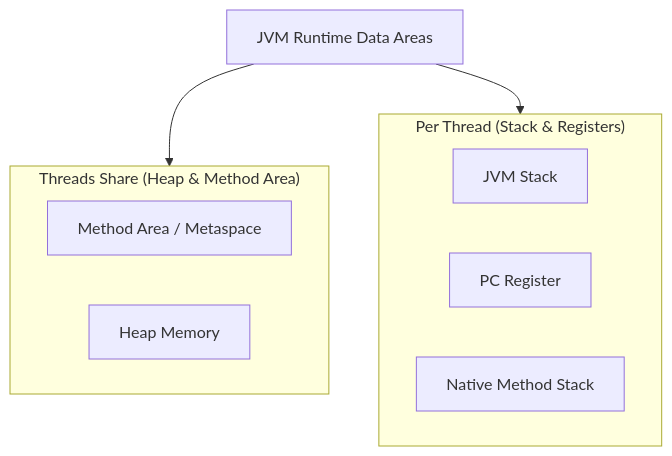
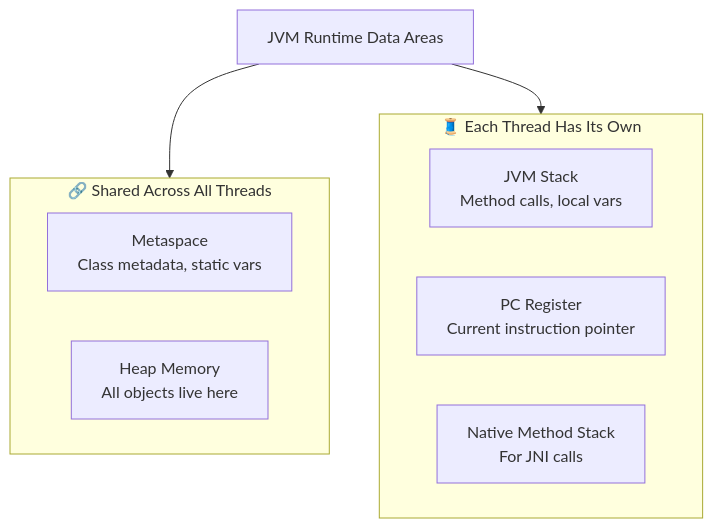
One commit to Harendra1558/cs-master-wiki changed the second of 3 diagrams in docs/01-java-jvm-internals/02-jvm-architecture.md. Above: the diagram before and after it, drawn with Mermaid. The commit also changed other lines of this file and 4 other files, not shown here.

````diff
--- a/docs/01-java-jvm-internals/02-jvm-architecture.md
+++ b/docs/01-java-jvm-internals/02-jvm-architecture.md
@@ -17,18 +43,18 @@
 ```mermaid
 graph TD
     JVM[JVM Runtime Data Areas]
     
-    subgraph Shared["Threads Share (Heap & Method Area)"]
-        Method[Method Area / Metaspace]
-        Heap[Heap Memory]
+    subgraph Shared["🔗 Shared Across All Threads"]
+        Method[Metaspace<br/>Class metadata, static vars]
+        Heap[Heap Memory<br/>All objects live here]
     end
     
-    subgraph PerThread["Per Thread (Stack & Registers)"]
-        Stack[JVM Stack]
-        PC[PC Register]
-        Native[Native Method Stack]
+    subgraph PerThread["🧵 Each Thread Has Its Own"]
+        Stack[JVM Stack<br/>Method calls, local vars]
+        PC[PC Register<br/>Current instruction pointer]
+        Native[Native Method Stack<br/>For JNI calls]
     end
     
     JVM --> Shared
     JVM --> PerThread
 ```
````
